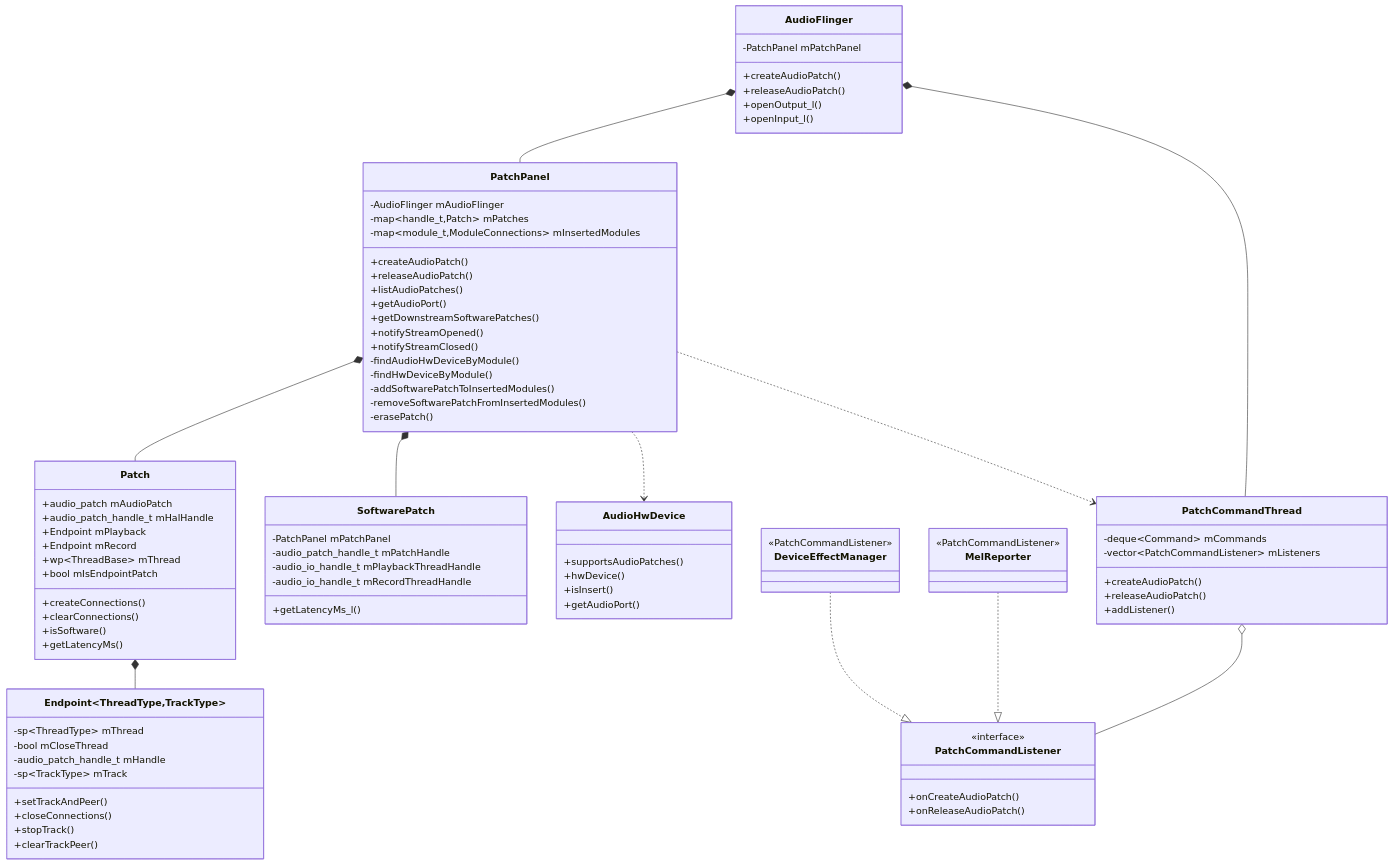
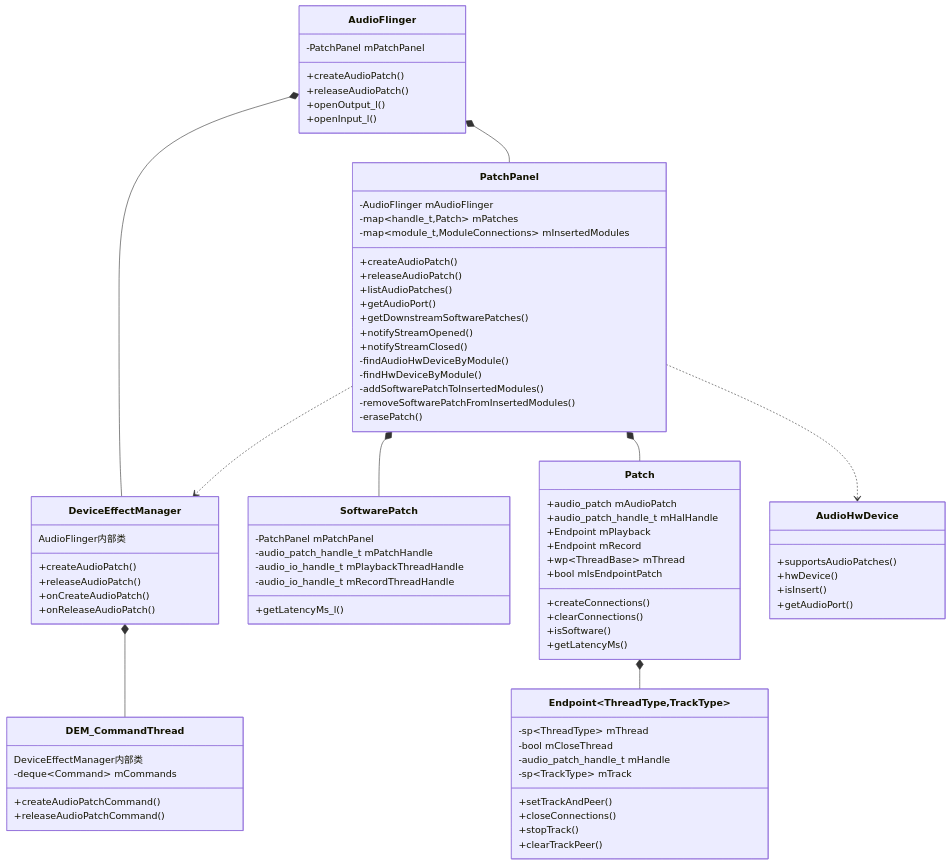
One commit to yanglinzhen1022/SA8295_AAOS_QNX_Audio_KnowledgeBase changed the first of 6 diagrams in 05_AudioFlinger/05_5.6_PatchPanel-音频路由管理.md. Above: the diagram before and after it, drawn with Mermaid. The commit also changed other lines of this file and 12 other files, not shown here.

````diff
--- a/05_AudioFlinger/05_5.6_PatchPanel-音频路由管理.md
+++ b/05_AudioFlinger/05_5.6_PatchPanel-音频路由管理.md
@@ -185,26 +184,19 @@
         +getLatencyMs_l()
     }
 
-    class PatchCommandThread {
+    class DEM_CommandThread {
+        DeviceEffectManager内部类
         -deque~Command~ mCommands
-        -vector~PatchCommandListener~ mListeners
-        +createAudioPatch()
-        +releaseAudioPatch()
-        +addListener()
-    }
-
-    class PatchCommandListener {
-        <<interface>>
-        +onCreateAudioPatch()
-        +onReleaseAudioPatch()
+        +createAudioPatchCommand()
+        +releaseAudioPatchCommand()
     }
 
     class DeviceEffectManager {
-        <<PatchCommandListener>>
-    }
-
-    class MelReporter {
-        <<PatchCommandListener>>
+        AudioFlinger内部类
+        +createAudioPatch()
+        +releaseAudioPatch()
+        +onCreateAudioPatch()
+        +onReleaseAudioPatch()
     }
 
     class AudioHwDevice {
@@ -218,10 +210,8 @@
     PatchPanel *-- Patch
     Patch *-- Endpoint
     PatchPanel *-- SoftwarePatch
-    AudioFlinger *-- PatchCommandThread
-    PatchCommandThread o-- PatchCommandListener
-    DeviceEffectManager ..|> PatchCommandListener
-    MelReporter ..|> PatchCommandListener
+    AudioFlinger *-- DeviceEffectManager
+    DeviceEffectManager *-- DEM_CommandThread
+    PatchPanel ..> DeviceEffectManager
     PatchPanel ..> AudioHwDevice
-    PatchPanel ..> PatchCommandThread
 ```
````
